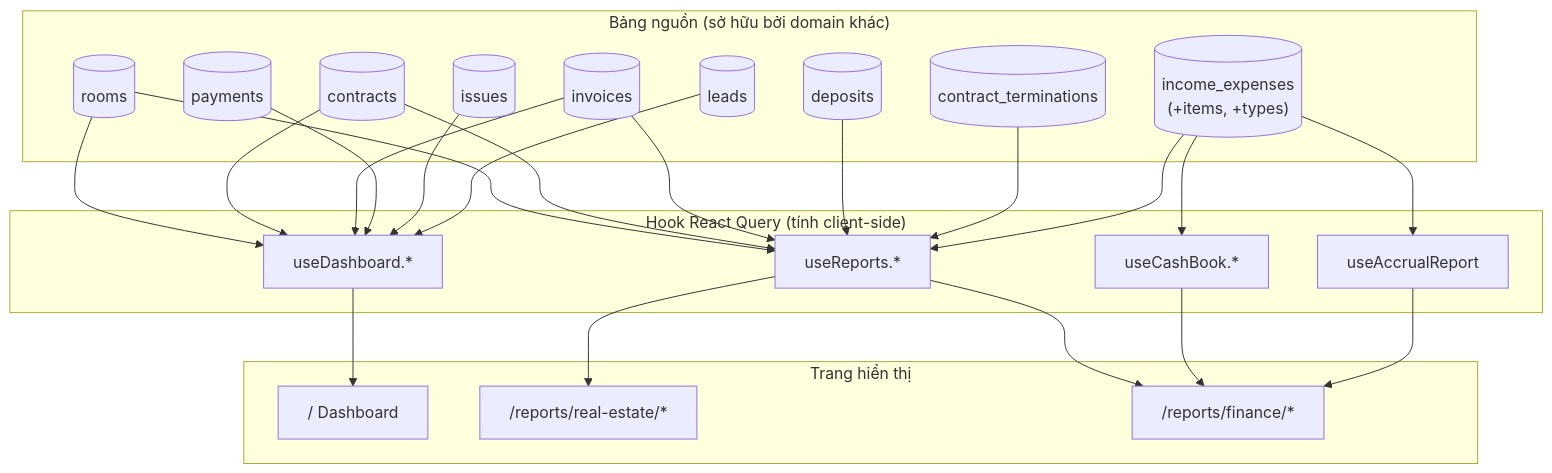
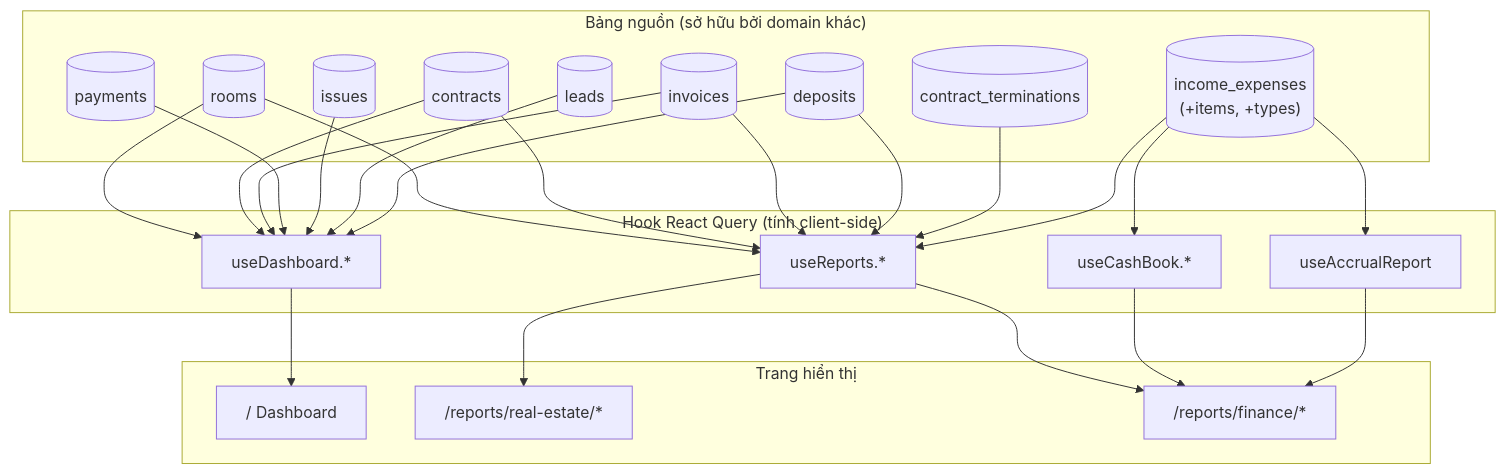
One commit to zxGreenxz/whiteboard-ihomecrm changed the second of 4 diagrams in docs/he-thong/13-bao-cao-dashboard-thong-bao.md. Above: the diagram before and after it, drawn with Mermaid. The commit also changed other lines of this file and 10 other files, not shown here.

````diff
--- a/docs/he-thong/13-bao-cao-dashboard-thong-bao.md
+++ b/docs/he-thong/13-bao-cao-dashboard-thong-bao.md
@@ -163,42 +163,42 @@
 ```mermaid
 flowchart TD
     subgraph Nguon["Bảng nguồn (sở hữu bởi domain khác)"]
         rooms[("rooms")]
         contracts[("contracts")]
         invoices[("invoices")]
         payments[("payments")]
         ie[("income_expenses<br/>(+items, +types)")]
         deposits[("deposits")]
         issues[("issues")]
         leads[("leads")]
         terms[("contract_terminations")]
     end
 
     subgraph Hooks["Hook React Query (tính client-side)"]
         useDash["useDashboard.*"]
         useRep["useReports.*"]
         useCash["useCashBook.*"]
         useAcc["useAccrualReport"]
     end
 
     subgraph Trang["Trang hiển thị"]
         dash["/ Dashboard"]
         reRE["/reports/real-estate/*"]
         reFIN["/reports/finance/*"]
     end
 
     rooms --> useDash & useRep
     contracts --> useDash & useRep
     invoices --> useDash & useRep
     payments --> useDash
     issues --> useDash
     leads --> useDash
-    deposits --> useRep
+    deposits --> useRep & useDash
     terms --> useRep
     ie --> useCash & useAcc & useRep
 
     useDash --> dash
     useRep --> reRE & reFIN
     useCash --> reFIN
     useAcc --> reFIN
 ```
````
